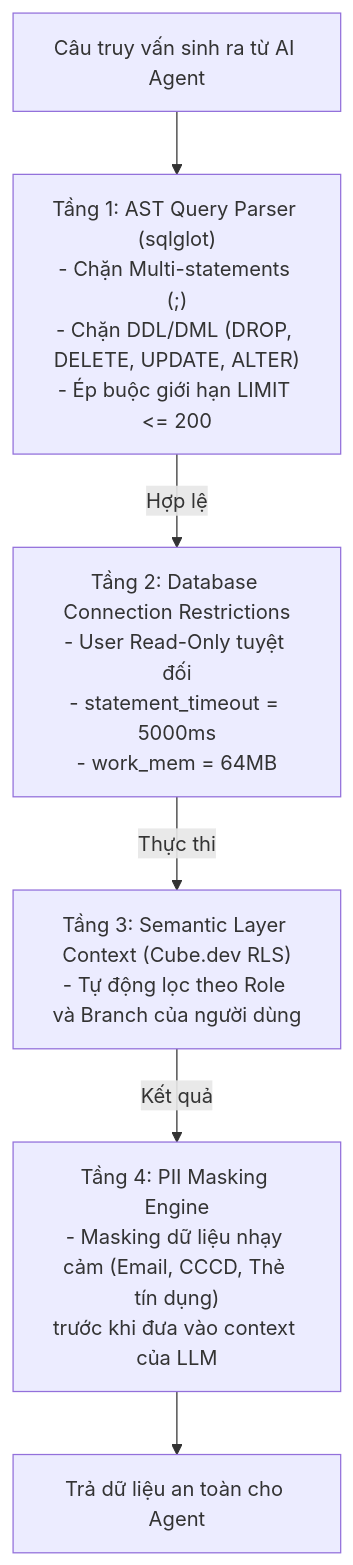
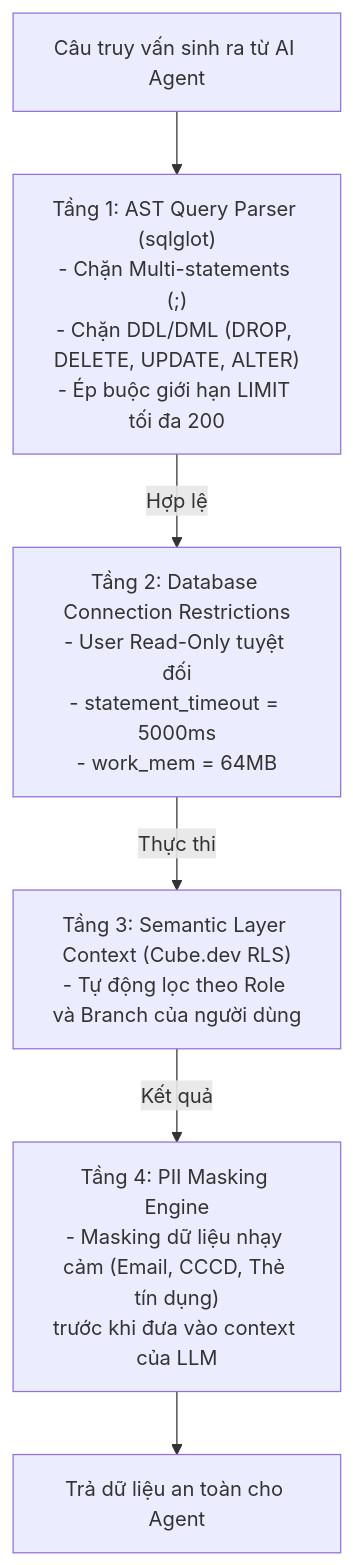
Before and after one commit to HoangVuSnape/digitalgarden_BlogSnape: the third of 3 diagrams in src/site/notes/Knowledge/02_Tech_Second_Brain/AI_Core/Data_lake_house/Lakehouse-2.0/06-chuyen-sau-kien-truc-du-an.md, drawn with Mermaid. The commit also changed 2 other files, not shown here.

Commit message:
Published multiple files

````diff
--- a/src/site/notes/Knowledge/02_Tech_Second_Brain/AI_Core/Data_lake_house/Lakehouse-2.0/06-chuyen-sau-kien-truc-du-an.md
+++ b/src/site/notes/Knowledge/02_Tech_Second_Brain/AI_Core/Data_lake_house/Lakehouse-2.0/06-chuyen-sau-kien-truc-du-an.md
@@ -366,8 +366,8 @@
 ```mermaid
 flowchart TD
-    Query["Câu truy vấn sinh ra từ AI Agent"] --> T1["Tầng 1: AST Query Parser (sqlglot)\n- Chặn Multi-statements (;)\n- Chặn DDL/DML (DROP, DELETE, UPDATE, ALTER)\n- Ép buộc giới hạn LIMIT <= 200"]
+    Query["Câu truy vấn sinh ra từ AI Agent"] --> T1["Tầng 1: AST Query Parser (sqlglot)\n- Chặn Multi-statements (;)\n- Chặn DDL/DML (DROP, DELETE, UPDATE, ALTER)\n- Ép buộc giới hạn LIMIT tối đa 200"]
     T1 -->|Hợp lệ| T2["Tầng 2: Database Connection Restrictions\n- User Read-Only tuyệt đối\n- statement_timeout = 5000ms\n- work_mem = 64MB"]
     T2 -->|Thực thi| T3["Tầng 3: Semantic Layer Context (Cube.dev RLS)\n- Tự động lọc theo Role và Branch của người dùng"]
     T3 -->|Kết quả| T4["Tầng 4: PII Masking Engine\n- Masking dữ liệu nhạy cảm (Email, CCCD, Thẻ tín dụng)\ntrước khi đưa vào context của LLM"]
     T4 --> Output["Trả dữ liệu an toàn cho Agent"]
 ```
````
